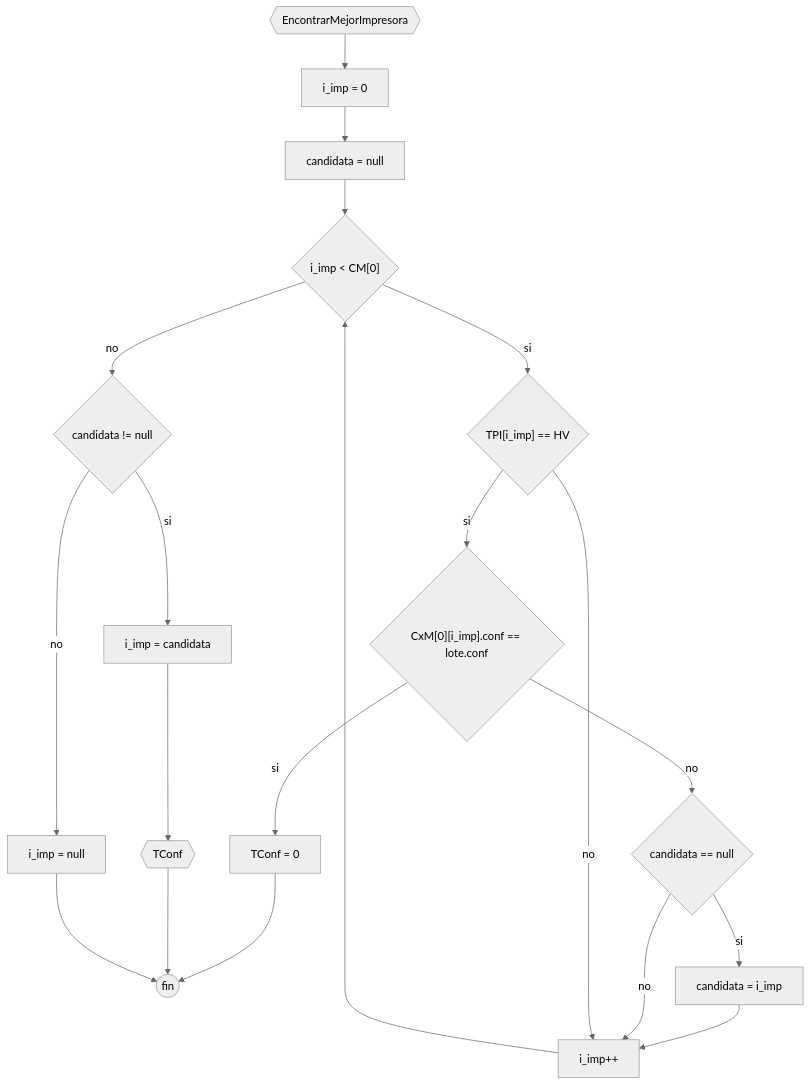
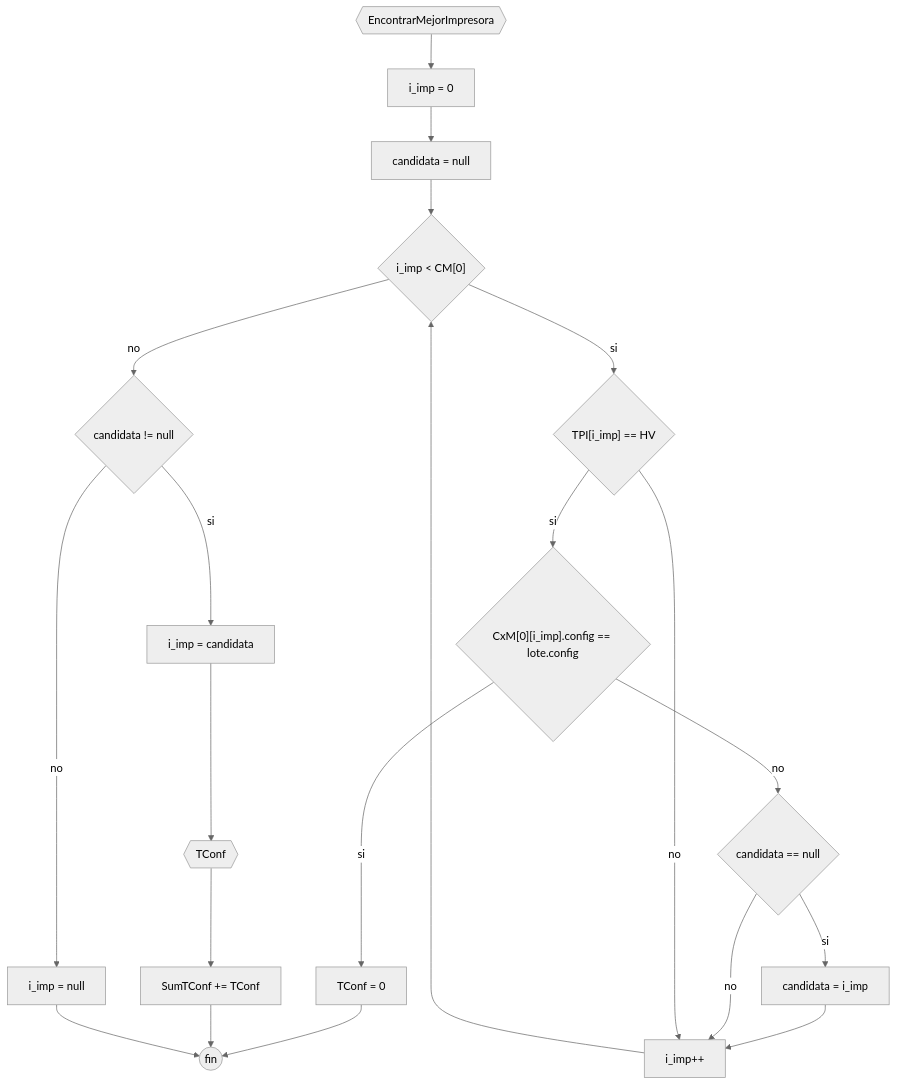
Before and after one commit to JuanManuelPrividera/TP-Simu: the diagram in docs/Diagramas/LlegadPedido/EncontrarMejorImpresora.mermaid, drawn with Mermaid (neutral theme). The commit also changed 39 other files, not shown here.

```diff
--- a/docs/Diagramas/LlegadPedido/EncontrarMejorImpresora.mermaid
+++ b/docs/Diagramas/LlegadPedido/EncontrarMejorImpresora.mermaid
@@ -1,14 +1,14 @@
 flowchart TD
 a0{{EncontrarMejorImpresora}} --> a1["i_imp = 0"]
 a1 --> a2["candidata = null"]
 a2 --> a3{"i_imp < CM[0]"}
 a3 --> |si| a4{"TPI[i_imp] == HV"}
-a4 --> |si| a5{"CxM[0][i_imp].conf == lote.conf"}
+a4 --> |si| a5{"CxM[0][i_imp].config == lote.config"}
 a5 --> |si| b1[TConf = 0] --> fin((fin))
 a5 --> |no| c{"candidata == null"}
 c --> |si| d["candidata = i_imp"] --> e["i_imp++"] --> a3
 c --> |no| e
 a4 --> |no| e
 a3 --> |no| f{"candidata != null"}
-f --> |si| g["i_imp = candidata"] --> h{{TConf}} --> fin
+f --> |si| g["i_imp = candidata"] --> h{{TConf}} --> lol["SumTConf += TConf"] --> fin
 f --> |no| k["i_imp = null"] --> fin
```
